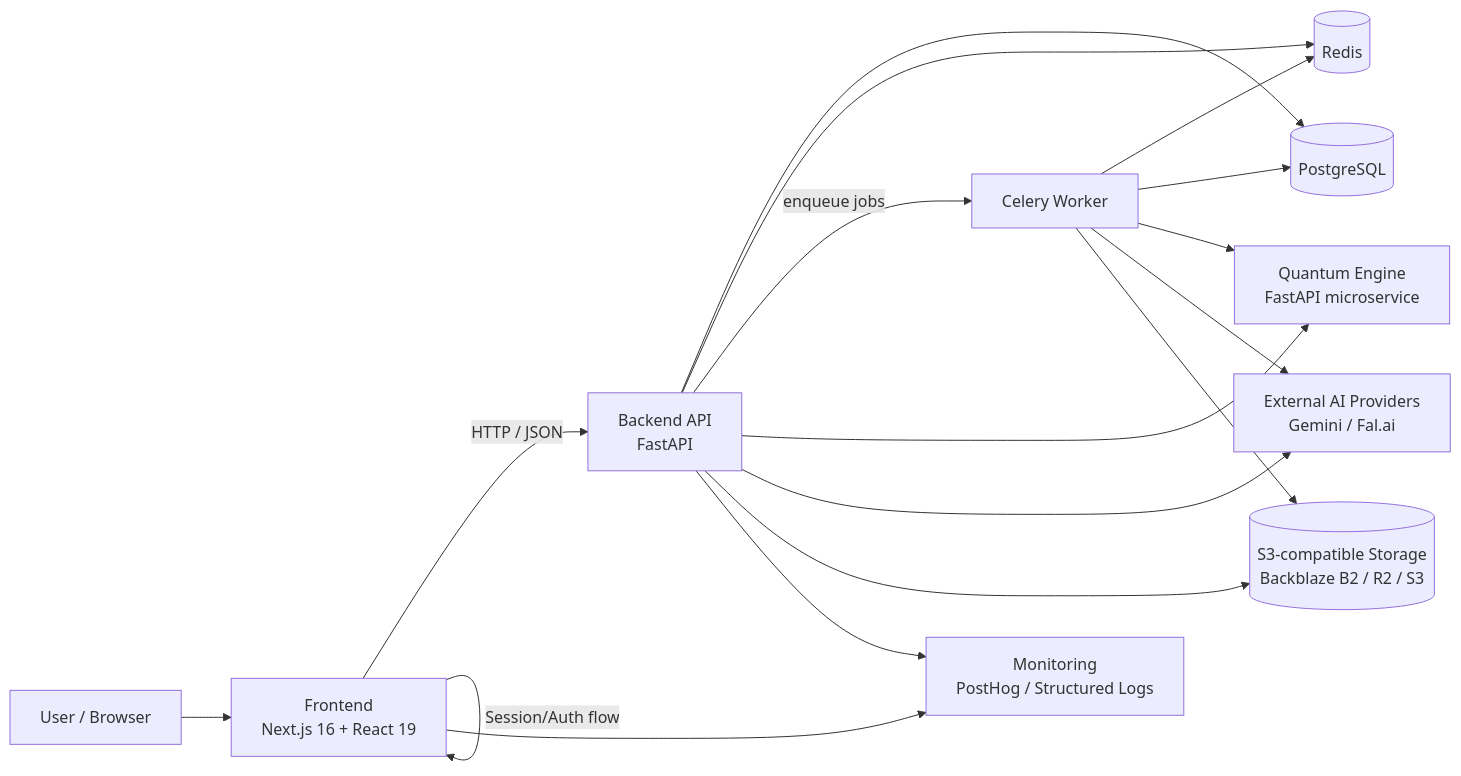
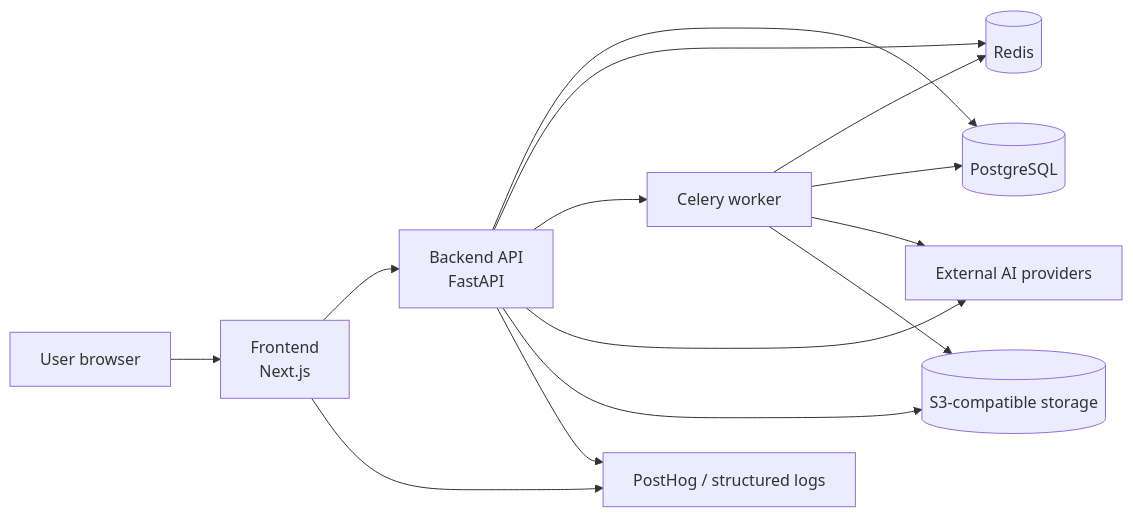
Before and after one commit to xichuan99/design-studio: the diagram in docs/architecture/system-architecture.md, drawn with Mermaid. The commit also changed other lines of this file and 45 other files, not shown here.

````diff
--- a/docs/architecture/system-architecture.md
+++ b/docs/architecture/system-architecture.md
@@ -45,30 +9,26 @@
 ```mermaid
 flowchart LR
-    U[User / Browser]
-    F[Frontend\nNext.js 16 + React 19]
+    U[User browser]
+    F[Frontend\nNext.js]
     B[Backend API\nFastAPI]
-    C[Celery Worker]
+    W[Celery worker]
     R[(Redis)]
     P[(PostgreSQL)]
-    Q[Quantum Engine\nFastAPI microservice]
-    S[(S3-compatible Storage\nBackblaze B2 / R2 / S3)]
-    A[External AI Providers\nGemini / Fal.ai]
-   M[Monitoring\nPostHog / Structured Logs]
+    S[(S3-compatible storage)]
+    A[External AI providers]
+    M[PostHog / structured logs]
 
     U --> F
-    F -->|HTTP / JSON| B
-    F -->|Session/Auth flow| F
+    F --> B
     B --> P
     B --> R
-    B -->|enqueue jobs| C
-    C --> R
-    C --> P
-    B --> Q
-    C --> Q
+    B --> W
+    W --> R
+    W --> P
     B --> A
-    C --> A
+    W --> A
     B --> S
-    C --> S
+    W --> S
     F --> M
     B --> M
 ```
````
